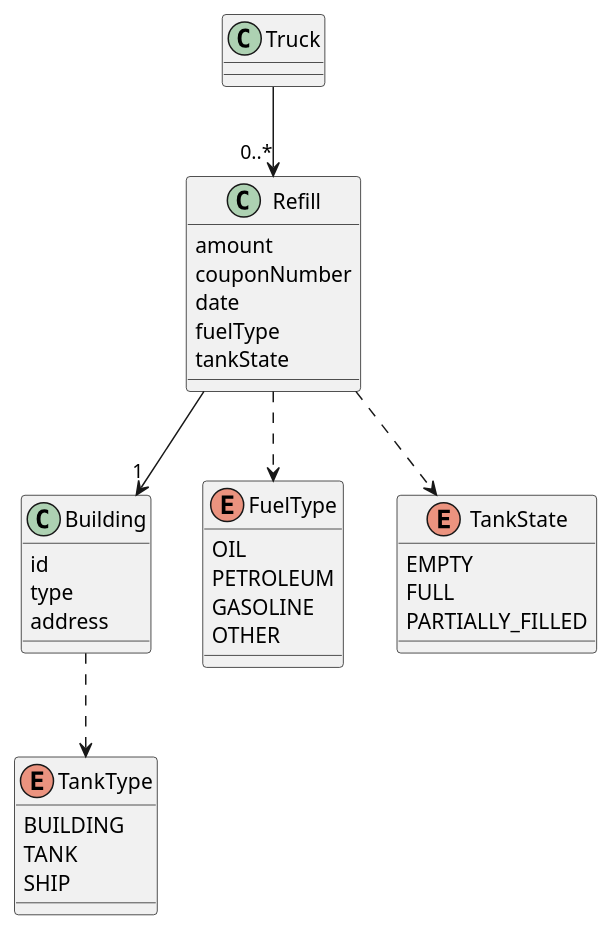
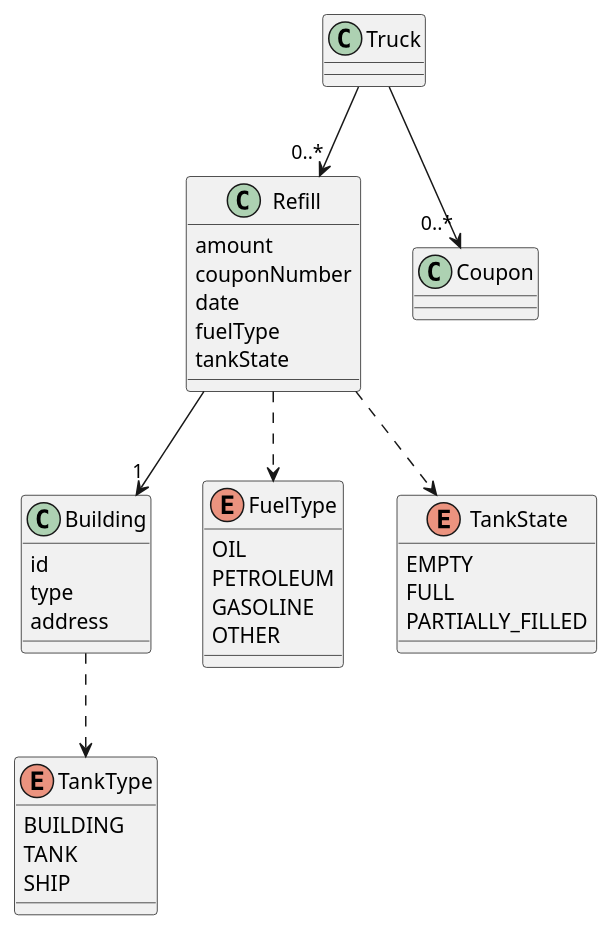
Before and after one commit to IT-Minds/client_comby_oilcontrols: the diagram in docs/entity-datamodel.md, drawn with PlantUML. The commit also changed 2 other files, not shown here.

Commit message:
Added coupons into the datamodel.

````diff
--- a/docs/entity-datamodel.md
+++ b/docs/entity-datamodel.md
@@ -5,47 +5,52 @@
 ```plantuml
 @startuml
 class Truck {
 
 }
 
 class Building {
     id 
     type
     address
 }
 
 class Refill {
     amount
     couponNumber
     date
     fuelType
     tankState
 }
 
 enum FuelType {
     OIL
     PETROLEUM
     GASOLINE
     OTHER
 }
 
 enum TankType {
     BUILDING
     TANK
     SHIP
 }
 
 enum TankState {
   EMPTY
   FULL
   PARTIALLY_FILLED
 }
 
+class Coupon {
+
+}
+
 Truck --> "0..*" Refill 
 Refill --> "1" Building
 Refill ..> FuelType
 Building ..> TankType
 Refill ..> TankState
+Truck --> "0..*" Coupon
 @enduml
 
 ```
````
